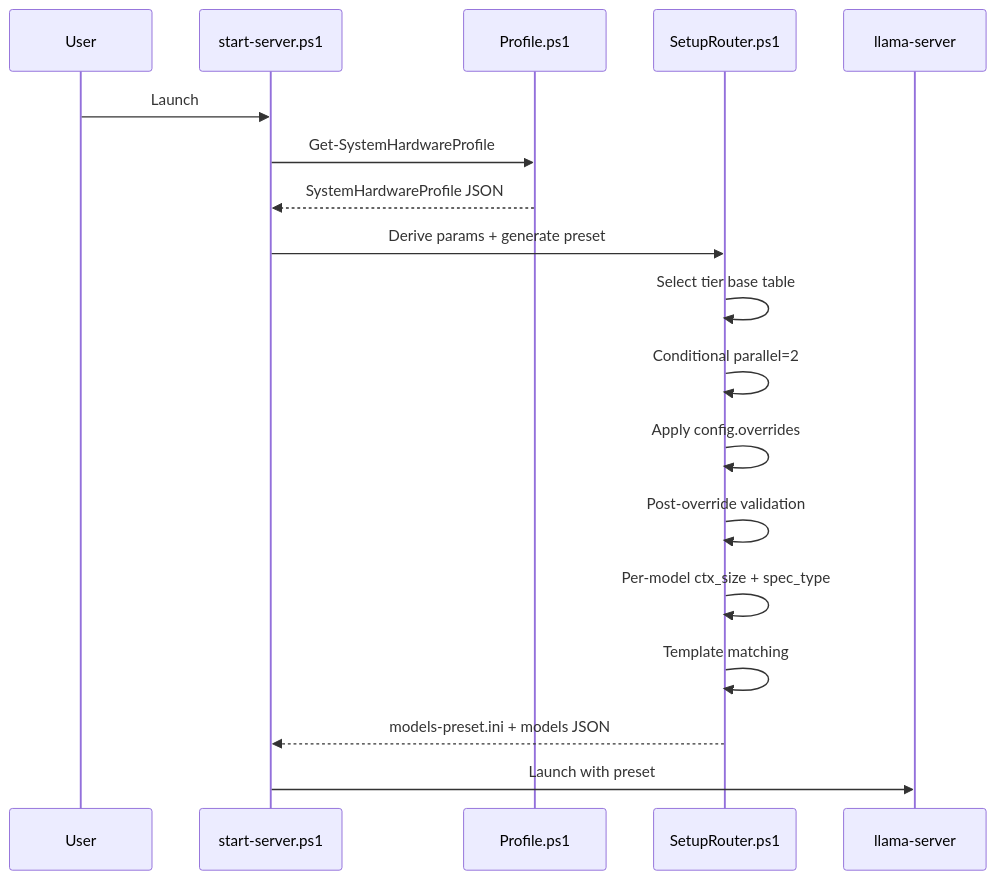
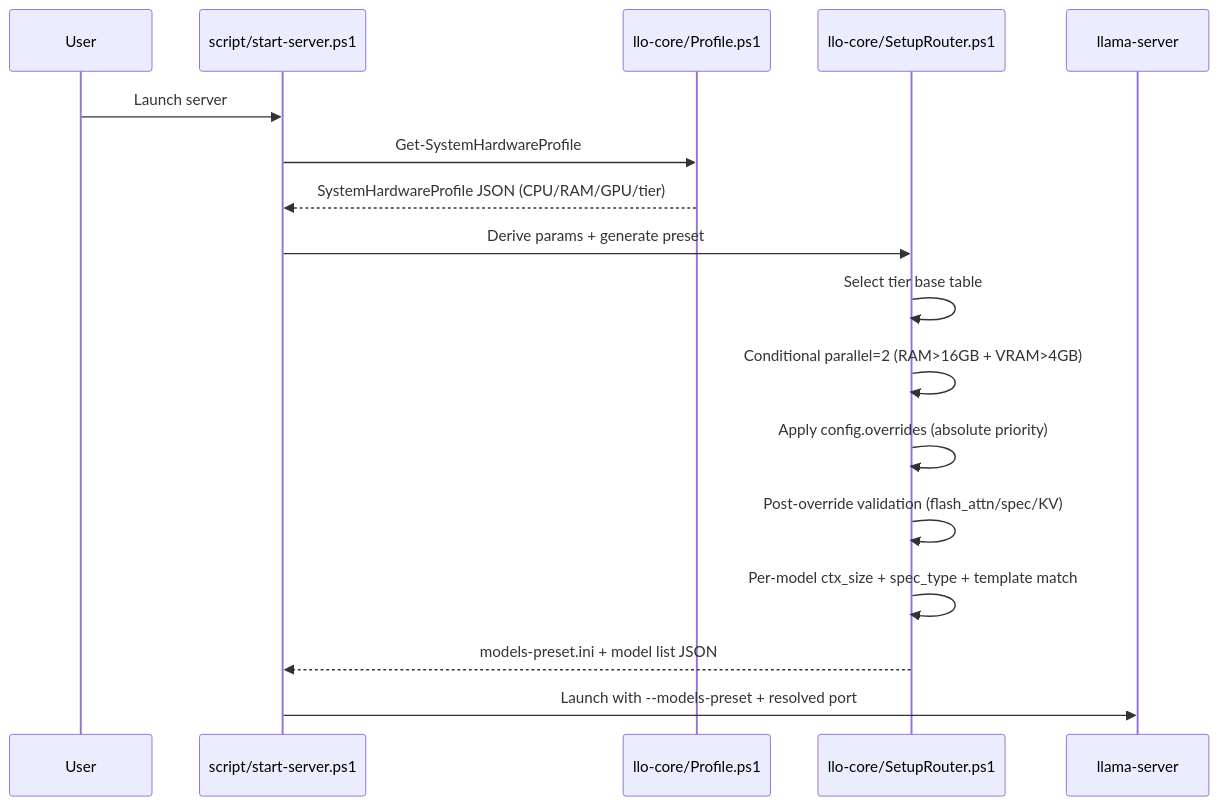
Before and after one commit to vijaytank/llm-manager: the diagram in droid-wiki/features/hardware-adaptive-inference.md, drawn with Mermaid. The commit also changed other lines of this file and 30 other files, not shown here.

````diff
--- a/droid-wiki/features/hardware-adaptive-inference.md
+++ b/droid-wiki/features/hardware-adaptive-inference.md
@@ -13,15 +35,19 @@
 ```mermaid
 sequenceDiagram
-    User->>start-server.ps1: Launch
-    start-server.ps1->>Profile.ps1: Get-SystemHardwareProfile
-    Profile.ps1-->>start-server.ps1: SystemHardwareProfile JSON
-    start-server.ps1->>SetupRouter.ps1: Derive params + generate preset
-    SetupRouter.ps1->>SetupRouter.ps1: Select tier base table
-    SetupRouter.ps1->>SetupRouter.ps1: Conditional parallel=2
-    SetupRouter.ps1->>SetupRouter.ps1: Apply config.overrides
-    SetupRouter.ps1->>SetupRouter.ps1: Post-override validation
-    SetupRouter.ps1->>SetupRouter.ps1: Per-model ctx_size + spec_type
-    SetupRouter.ps1->>SetupRouter.ps1: Template matching
-    SetupRouter.ps1-->>start-server.ps1: models-preset.ini + models JSON
-    start-server.ps1->>llama-server: Launch with preset
+    participant User
+    participant SS as script/start-server.ps1
+    participant P as llo-core/Profile.ps1
+    participant R as llo-core/SetupRouter.ps1
+    participant L as llama-server
+    User->>SS: Launch server
+    SS->>P: Get-SystemHardwareProfile
+    P-->>SS: SystemHardwareProfile JSON (CPU/RAM/GPU/tier)
+    SS->>R: Derive params + generate preset
+    R->>R: Select tier base table
+    R->>R: Conditional parallel=2 (RAM>16GB + VRAM>4GB)
+    R->>R: Apply config.overrides (absolute priority)
+    R->>R: Post-override validation (flash_attn/spec/KV)
+    R->>R: Per-model ctx_size + spec_type + template match
+    R-->>SS: models-preset.ini + model list JSON
+    SS->>L: Launch with --models-preset + resolved port
 ```
````
